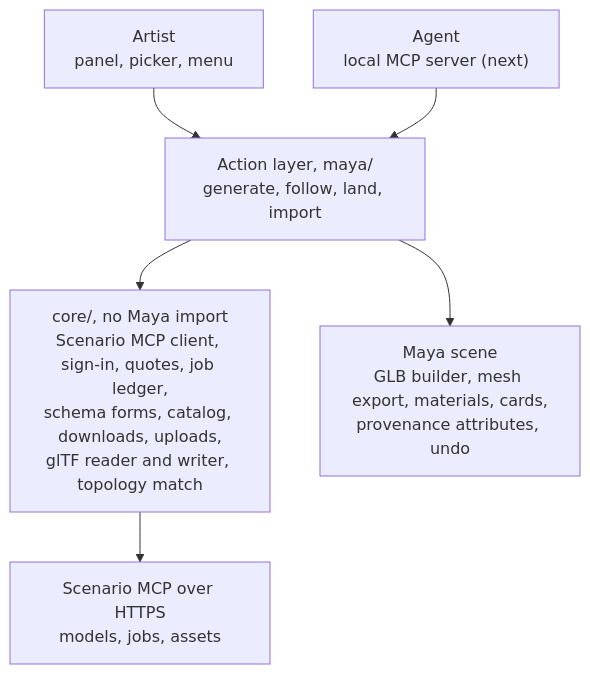
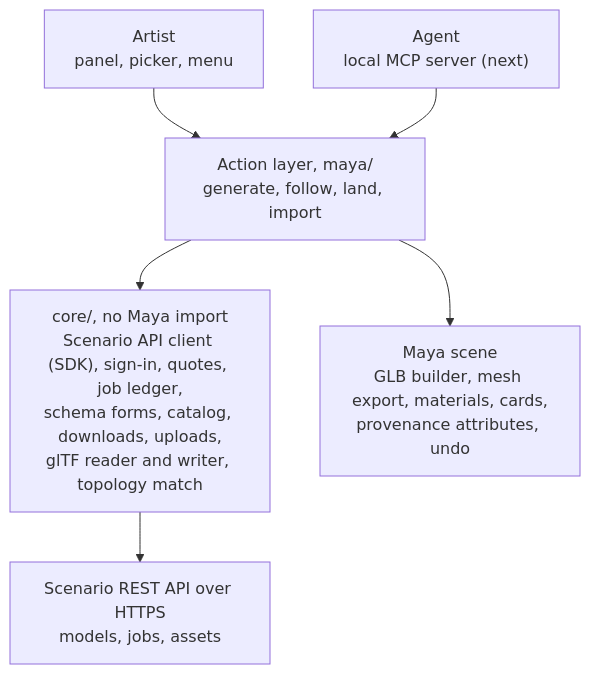
One commit to scenario-labs/maya-plugin changed the fifth of 5 diagrams in README.md. Above: the diagram before and after it, drawn with Mermaid. The commit also changed other lines of this file and 40 other files, not shown here.

First line of the commit message:
feat(core): call Scenario's REST API through its Python SDK (#16)

````diff
--- a/README.md
+++ b/README.md
@@ -423,14 +423,14 @@
 ```mermaid
 flowchart TB
     artist["Artist<br/>panel, picker, menu"]
     agent["Agent<br/>local MCP server (next)"]
     actions["Action layer, maya/<br/>generate, follow, land, import"]
-    core["core/, no Maya import<br/>Scenario MCP client, sign-in, quotes, job ledger,<br/>schema forms, catalog, downloads, uploads,<br/>glTF reader and writer, topology match"]
+    core["core/, no Maya import<br/>Scenario API client (SDK), sign-in, quotes, job ledger,<br/>schema forms, catalog, downloads, uploads,<br/>glTF reader and writer, topology match"]
     scene["Maya scene<br/>GLB builder, mesh export, materials, cards,<br/>provenance attributes, undo"]
-    scenario["Scenario MCP over HTTPS<br/>models, jobs, assets"]
+    scenario["Scenario REST API over HTTPS<br/>models, jobs, assets"]
     artist --> actions
     agent --> actions
     actions --> core
     actions --> scene
     core --> scenario
 ```
````
